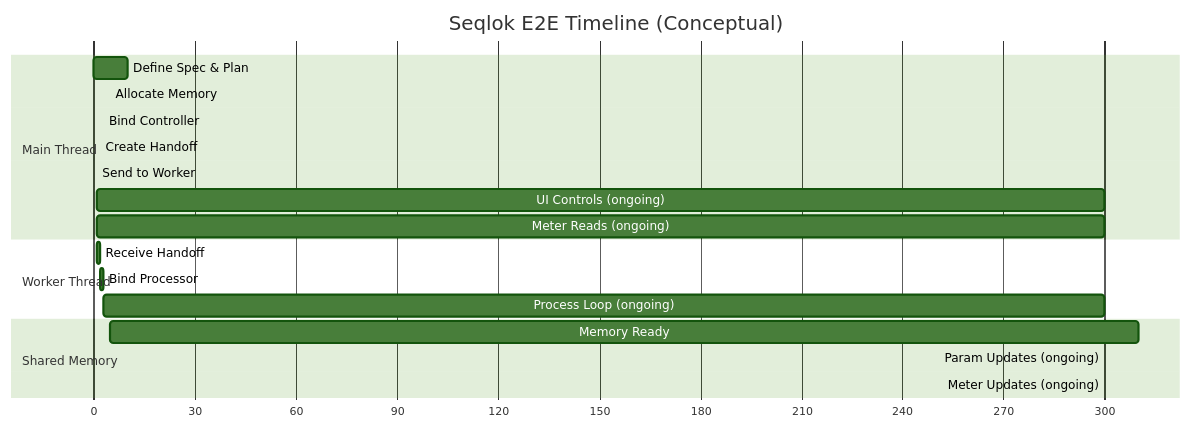
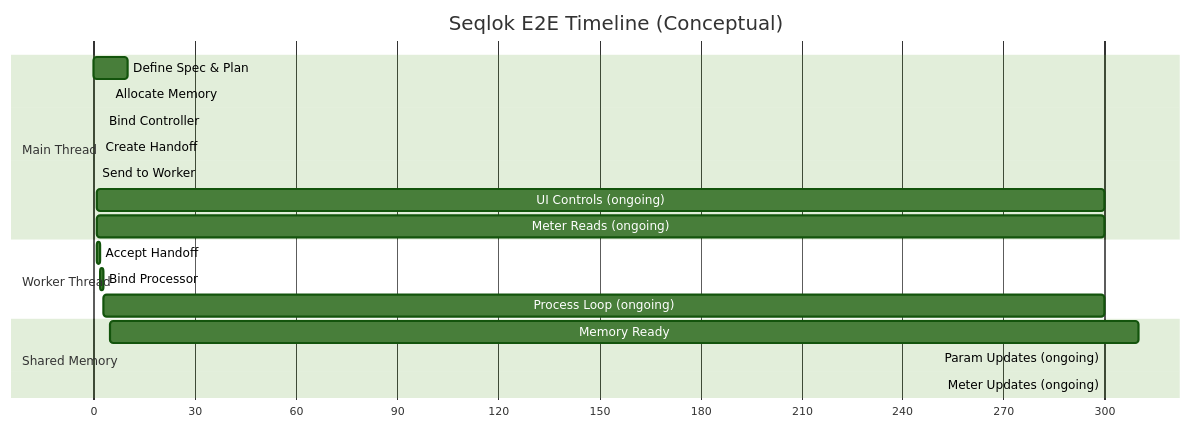
The sixth of 6 diagrams in packages/core/docs/architecture/16-seqlok-e2e-flow-visual-guide.md (maikeleckelboom/exclave-boundary), drawn with Mermaid (forest theme) before and after one commit. The commit also changed other lines of this file and 51 other files, not shown here.

````diff
--- a/packages/core/docs/architecture/16-seqlok-e2e-flow-visual-guide.md
+++ b/packages/core/docs/architecture/16-seqlok-e2e-flow-visual-guide.md
@@ -252,25 +252,25 @@
 ```mermaid
 gantt
   title Seqlok E2E Timeline (Conceptual)
   dateFormat  X
   axisFormat  %s
 
   section Main Thread
     Define Spec & Plan        :a1, 0, 10
     Allocate Memory           :a2, after a1, 5
     Bind Controller           :a3, after a2, 3
     Create Handoff            :a4, after a3, 2
     Send to Worker            :a5, after a4, 1
     UI Controls (ongoing)     :a6, after a5, 300
     Meter Reads (ongoing)     :a7, after a5, 300
 
   section Worker Thread
-    Receive Handoff           :b1, after a5, 2
+    Accept Handoff            :b1, after a5, 2
     Bind Processor            :b3, after b1, 3
     Process Loop (ongoing)    :b4, after b3, 300
 
   section Shared Memory
     Memory Ready              :c1, after a2, 310
     Param Updates (ongoing)   :c2, after a6, 290
     Meter Updates (ongoing)   :c3, after b4, 290
 ```
````
